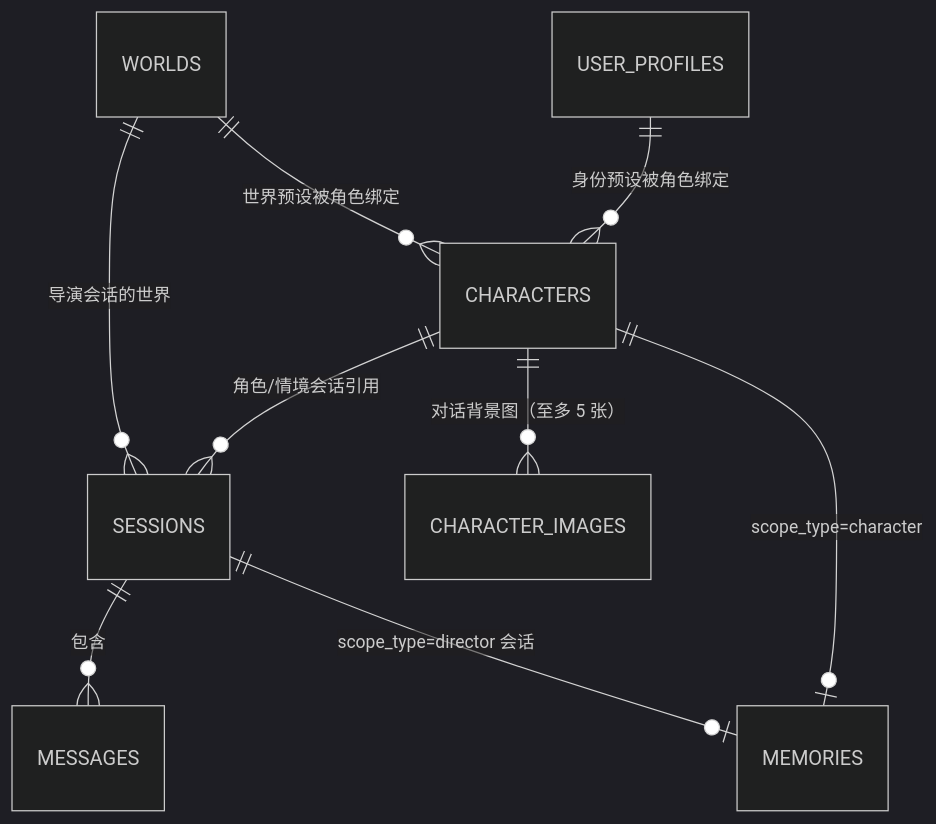
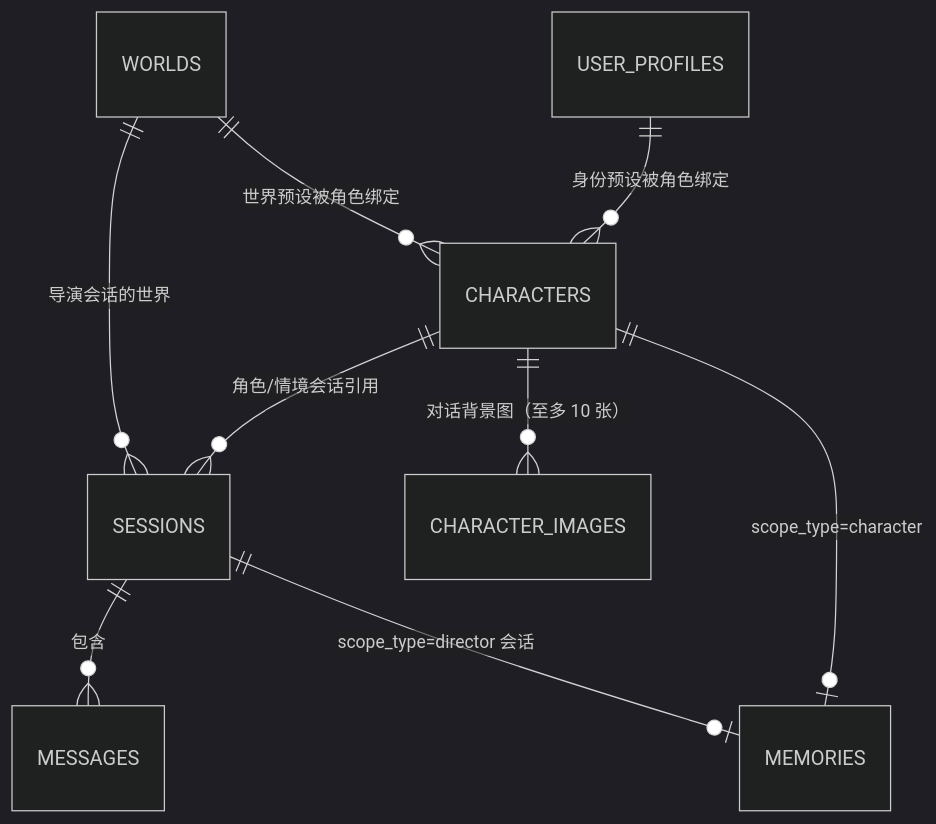
Before and after one commit to camoilo/wonder-realm: the second of 2 diagrams in DEVELOPMENT.md, drawn with Mermaid (dark theme). The commit also changed other lines of this file and 13 other files, not shown here.

First line of the commit message:
五条反馈：面板默认收起、头像占位不透明、背景图上限 10、角色/我的设定图标互换、标题只占文字宽

````diff
--- a/DEVELOPMENT.md
+++ b/DEVELOPMENT.md
@@ -254,11 +254,11 @@
 ```mermaid
 erDiagram
     CHARACTERS ||--o{ SESSIONS : "角色/情境会话引用"
     SESSIONS ||--o{ MESSAGES : "包含"
     CHARACTERS ||--o| MEMORIES : "scope_type=character"
     SESSIONS ||--o| MEMORIES : "scope_type=director 会话"
-    CHARACTERS ||--o{ CHARACTER_IMAGES : "对话背景图（至多 5 张）"
+    CHARACTERS ||--o{ CHARACTER_IMAGES : "对话背景图（至多 10 张）"
     USER_PROFILES ||--o{ CHARACTERS : "身份预设被角色绑定"
     WORLDS ||--o{ CHARACTERS : "世界预设被角色绑定"
     WORLDS ||--o{ SESSIONS : "导演会话的世界"
 ```
````
